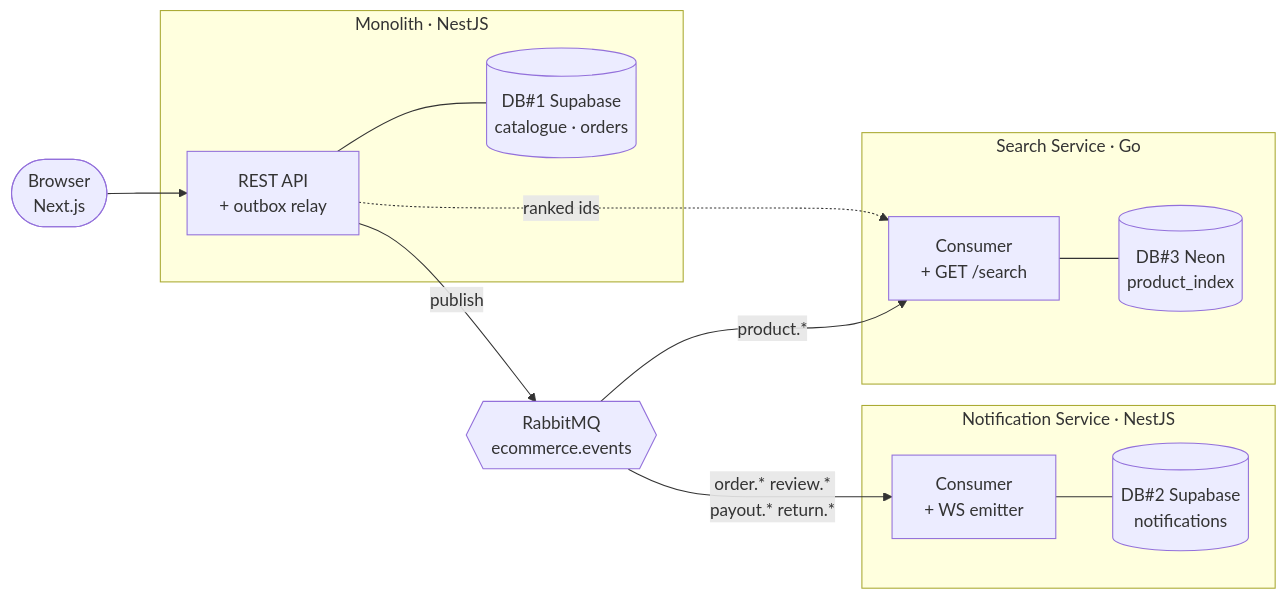
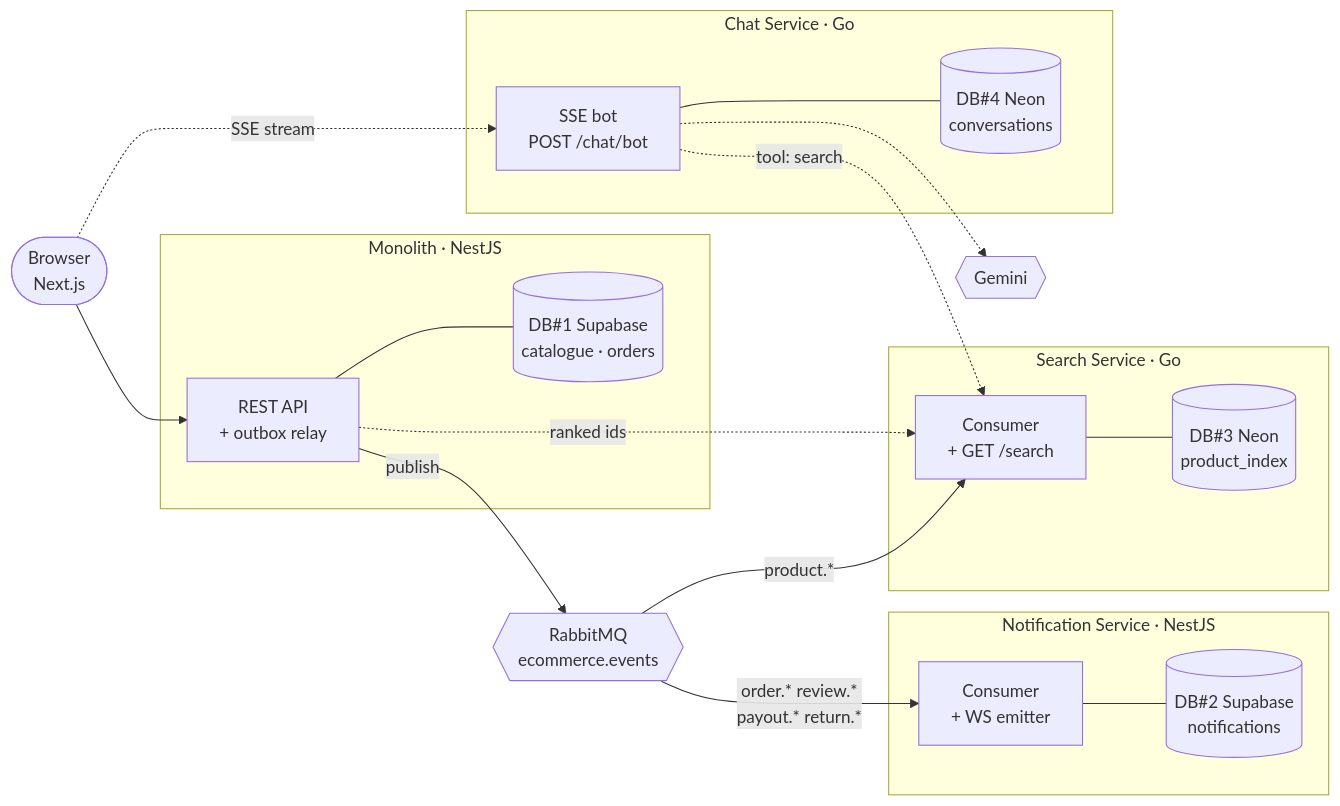
One commit to chaugiakhang193/fullstack-multi-vendor-ecommerce changed the first of 5 diagrams in README.md. Above: the diagram before and after it, drawn with Mermaid. The commit also changed other lines of this file, not shown here.

First line of the commit message:
471. docs(readme): add the chatbot section and correct the service count

````diff
--- a/README.md
+++ b/README.md
@@ -75,30 +80,41 @@
 ```mermaid
 flowchart LR
     CLIENT(["Browser<br/>Next.js"])
 
     subgraph Mono["Monolith · NestJS"]
         API["REST API<br/>+ outbox relay"]
         DB1[("DB#1 Supabase<br/>catalogue · orders")]
     end
 
     MQ{{"RabbitMQ<br/>ecommerce.events"}}
 
     subgraph NSvc["Notification Service · NestJS"]
         NSC["Consumer<br/>+ WS emitter"]
         DB2[("DB#2 Supabase<br/>notifications")]
     end
 
     subgraph SSvc["Search Service · Go"]
         SC["Consumer<br/>+ GET /search"]
         DB3[("DB#3 Neon<br/>product_index")]
     end
 
+    subgraph CSvc["Chat Service · Go"]
+        CC["SSE bot<br/>POST /chat/bot"]
+        DB4[("DB#4 Neon<br/>conversations")]
+    end
+
+    GEM{{"Gemini"}}
+
     CLIENT --> API
     API --- DB1
     API -->|publish| MQ
     MQ -->|"order.* review.*<br/>payout.* return.*"| NSC
     MQ -->|"product.*"| SC
     NSC --- DB2
     SC --- DB3
     API -.->|"ranked ids"| SC
+    CLIENT -.->|"SSE stream"| CC
+    CC --- DB4
+    CC -.->|"tool: search"| SC
+    CC -.-> GEM
 ```
````
